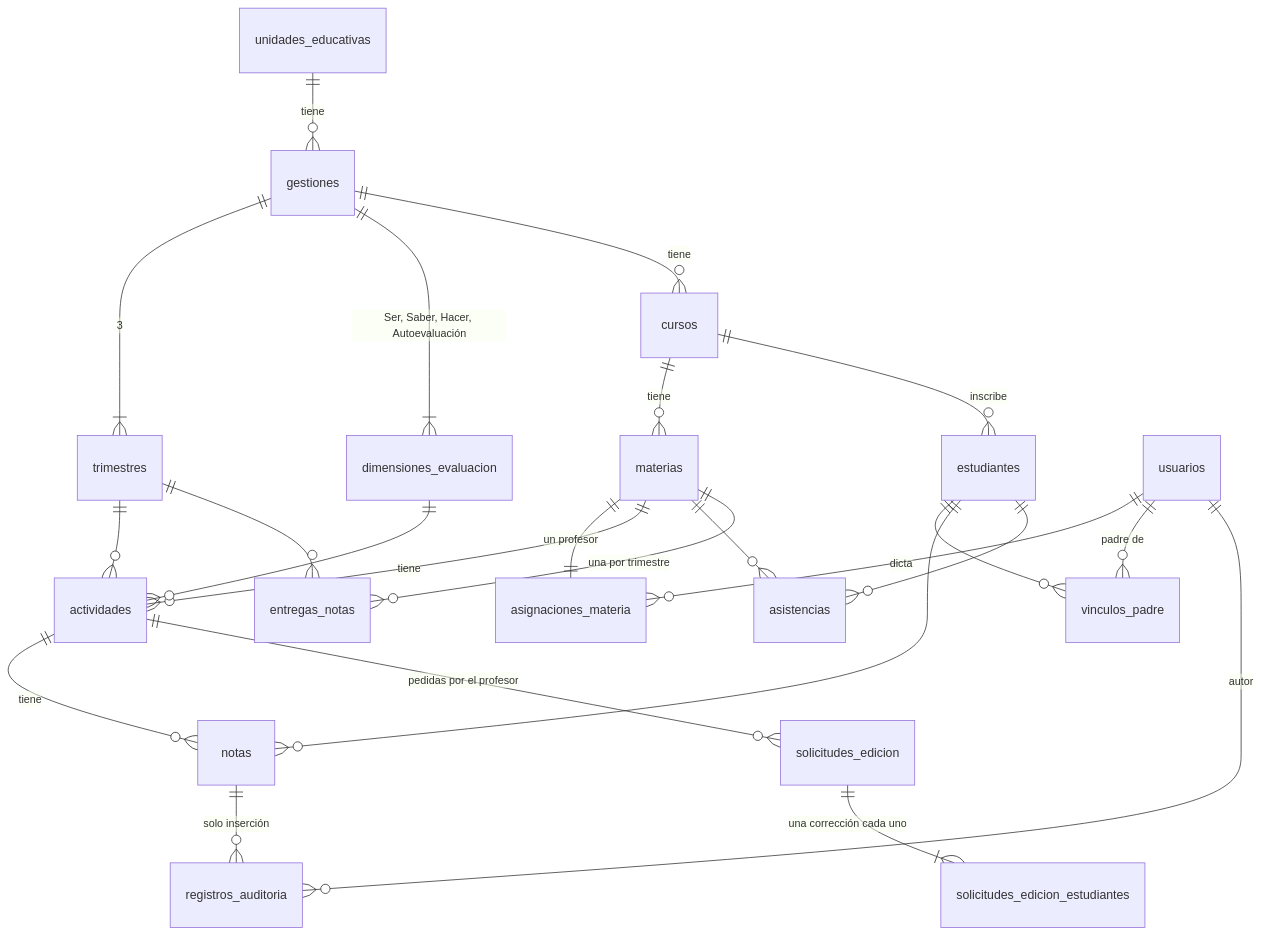
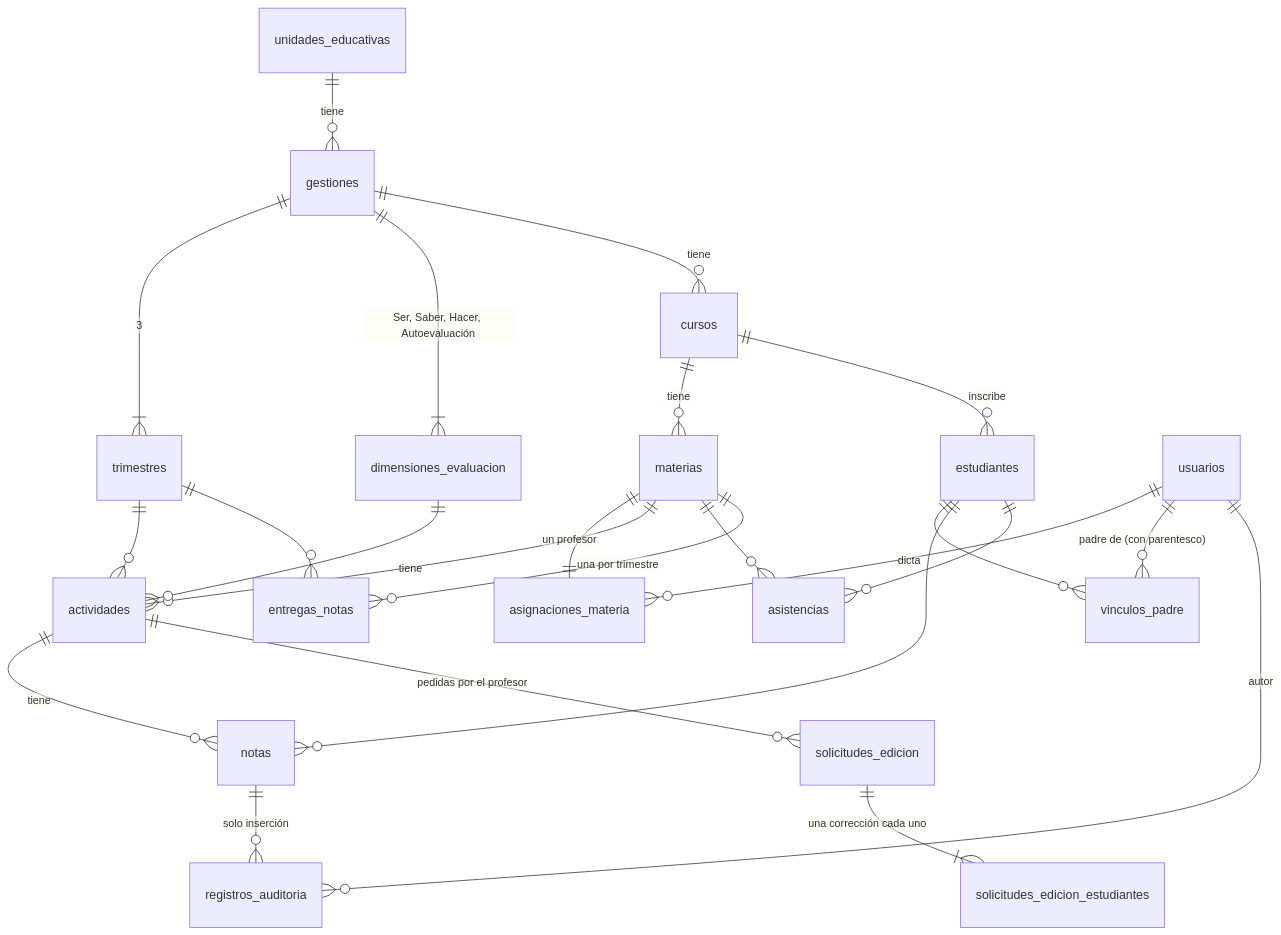
One commit to lujan-99/calisfacu changed the third of 3 diagrams in docs/sad/SAD-CalisFacu.md. Above: the diagram before and after it, drawn with Mermaid. The commit also changed other lines of this file and 14 other files, not shown here.

````diff
--- a/docs/sad/SAD-CalisFacu.md
+++ b/docs/sad/SAD-CalisFacu.md
@@ -106,26 +109,26 @@
 ```mermaid
 erDiagram
   unidades_educativas ||--o{ gestiones : tiene
   gestiones ||--|{ trimestres : "3"
   gestiones ||--|{ dimensiones_evaluacion : "Ser, Saber, Hacer, Autoevaluación"
   gestiones ||--o{ cursos : tiene
   cursos ||--o{ materias : tiene
   cursos ||--o{ estudiantes : inscribe
   materias ||--|| asignaciones_materia : "un profesor"
   usuarios ||--o{ asignaciones_materia : dicta
-  usuarios ||--o{ vinculos_padre : "padre de"
+  usuarios ||--o{ vinculos_padre : "padre de (con parentesco)"
   estudiantes ||--o{ vinculos_padre : ""
   materias ||--o{ actividades : tiene
   trimestres ||--o{ actividades : ""
   dimensiones_evaluacion ||--o{ actividades : ""
   actividades ||--o{ notas : tiene
   estudiantes ||--o{ notas : ""
   notas ||--o{ registros_auditoria : "solo inserción"
   usuarios ||--o{ registros_auditoria : autor
   materias ||--o{ asistencias : ""
   estudiantes ||--o{ asistencias : ""
   actividades ||--o{ solicitudes_edicion : "pedidas por el profesor"
   solicitudes_edicion ||--|{ solicitudes_edicion_estudiantes : "una corrección cada uno"
   materias ||--o{ entregas_notas : "una por trimestre"
   trimestres ||--o{ entregas_notas : ""
 ```
````
